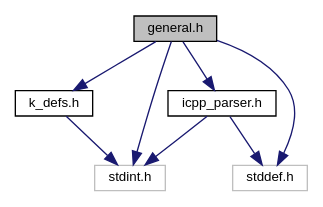
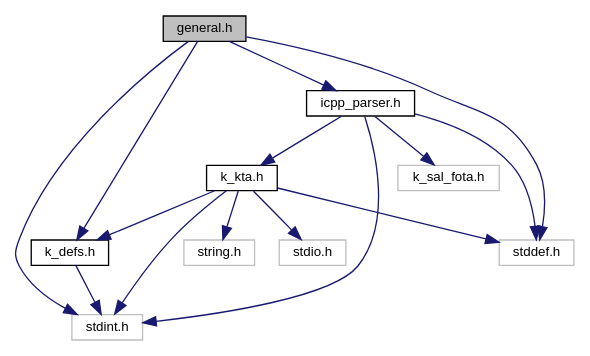
One commit to Kudelski-IoT/keySTREAM_provisioning changed the diagram in docs/kta/doc/general_8h__incl.dot. Above: the diagram before and after it, drawn with Graphviz. The commit also changed 155 other files, not shown here.

Commit message:
[Microchip Harmony - keySTREAM Trusted Agent] 1. KTA fota feature added 2. Updated docs 3. Updated Release notes and readme

```diff
--- a/docs/kta/doc/general_8h__incl.dot
+++ b/docs/kta/doc/general_8h__incl.dot
@@ -1,18 +1,29 @@
 digraph "general.h"
 {
  // LATEX_PDF_SIZE
   edge [fontname="Helvetica",fontsize="10",labelfontname="Helvetica",labelfontsize="10"];
   node [fontname="Helvetica",fontsize="10",shape=record];
   Node1 [label="general.h",height=0.2,width=0.4,color="black", fillcolor="grey75", style="filled", fontcolor="black",tooltip="keySTREAM Trusted Agent - General module to perform coding of data."];
   Node1 -> Node2 [color="midnightblue",fontsize="10",style="solid",fontname="Helvetica"];
   Node2 [label="k_defs.h",height=0.2,width=0.4,color="black", fillcolor="white", style="filled",URL="$k__defs_8h.html",tooltip="keySTREAM Trusted Agent - Type definitions."];
   Node2 -> Node3 [color="midnightblue",fontsize="10",style="solid",fontname="Helvetica"];
   Node3 [label="stdint.h",height=0.2,width=0.4,color="grey75", fillcolor="white", style="filled",tooltip=" "];
   Node1 -> Node4 [color="midnightblue",fontsize="10",style="solid",fontname="Helvetica"];
   Node4 [label="icpp_parser.h",height=0.2,width=0.4,color="black", fillcolor="white", style="filled",URL="$icpp__parser_8h.html",tooltip="keySTREAM Trusted Agent- ICPP parser to parse message received from keySTREAM."];
   Node4 -> Node5 [color="midnightblue",fontsize="10",style="solid",fontname="Helvetica"];
   Node5 [label="stddef.h",height=0.2,width=0.4,color="grey75", fillcolor="white", style="filled",tooltip=" "];
   Node4 -> Node3 [color="midnightblue",fontsize="10",style="solid",fontname="Helvetica"];
+  Node4 -> Node6 [color="midnightblue",fontsize="10",style="solid",fontname="Helvetica"];
+  Node6 [label="k_kta.h",height=0.2,width=0.4,color="black", fillcolor="white", style="filled",URL="$k__kta_8h.html",tooltip="keySTREAM Trusted Agent - Public interface."];
+  Node6 -> Node2 [color="midnightblue",fontsize="10",style="solid",fontname="Helvetica"];
+  Node6 -> Node5 [color="midnightblue",fontsize="10",style="solid",fontname="Helvetica"];
+  Node6 -> Node3 [color="midnightblue",fontsize="10",style="solid",fontname="Helvetica"];
+  Node6 -> Node7 [color="midnightblue",fontsize="10",style="solid",fontname="Helvetica"];
+  Node7 [label="string.h",height=0.2,width=0.4,color="grey75", fillcolor="white", style="filled",tooltip=" "];
+  Node6 -> Node8 [color="midnightblue",fontsize="10",style="solid",fontname="Helvetica"];
+  Node8 [label="stdio.h",height=0.2,width=0.4,color="grey75", fillcolor="white", style="filled",tooltip=" "];
+  Node4 -> Node9 [color="midnightblue",fontsize="10",style="solid",fontname="Helvetica"];
+  Node9 [label="k_sal_fota.h",height=0.2,width=0.4,color="grey75", fillcolor="white", style="filled",tooltip=" "];
   Node1 -> Node3 [color="midnightblue",fontsize="10",style="solid",fontname="Helvetica"];
   Node1 -> Node5 [color="midnightblue",fontsize="10",style="solid",fontname="Helvetica"];
 }
```
